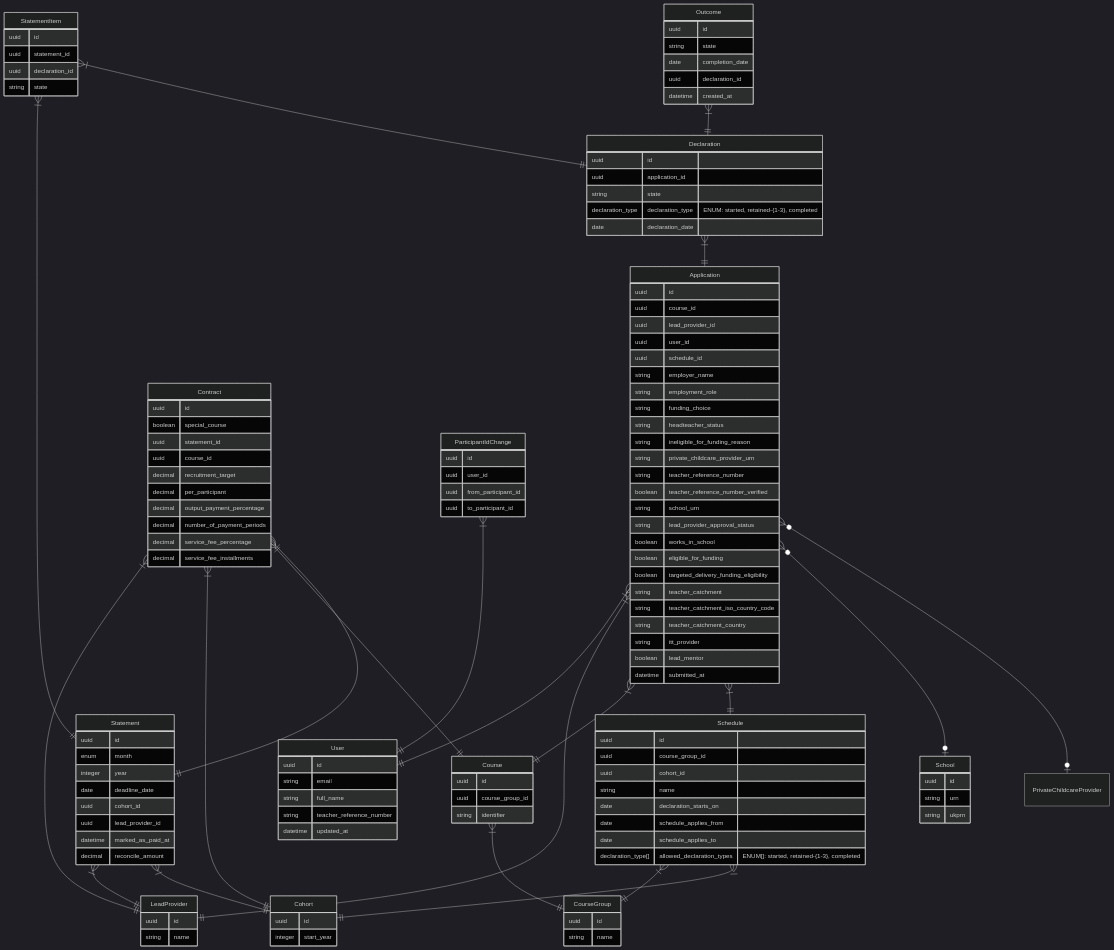
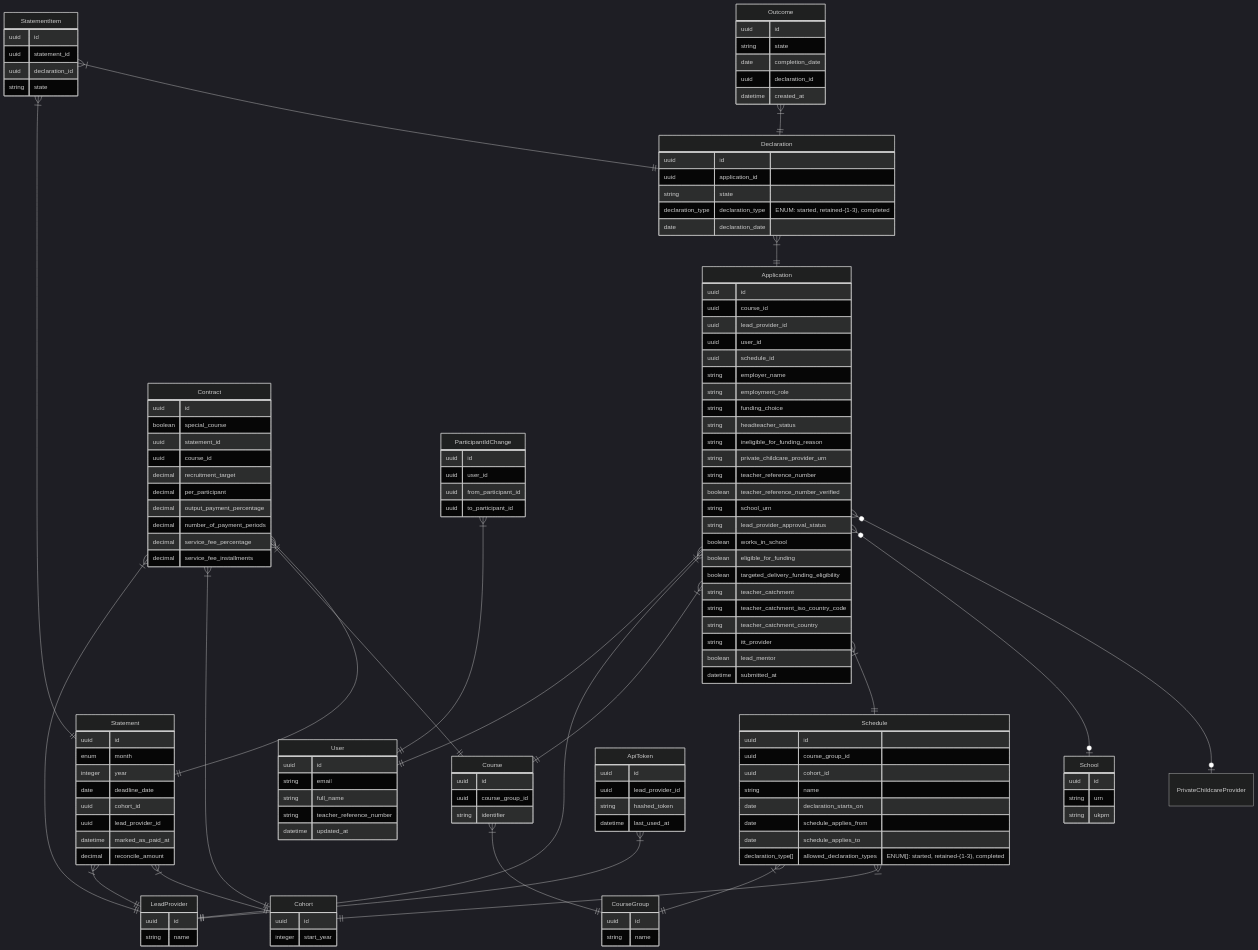
The second of 4 diagrams in data-modelling.md (DFE-Digital/npq-separation), drawn with Mermaid (dark theme) before and after one commit.

Commit message:
Add AuthToken table to schema

````diff
--- a/data-modelling.md
+++ b/data-modelling.md
@@ -59,8 +59,10 @@
     Course }|--|| CourseGroup : ""
     Schedule }|--|| CourseGroup : ""
     Schedule }|--|| Cohort : ""
-    
+
     ParticipantIdChange }|--|| User : ""
+
+    ApiToken }|--|| LeadProvider : ""
 
 
     User {
@@ -191,4 +193,11 @@
         uuid to_participant_id
     }
 
+    ApiToken {
+        uuid id
+        uuid lead_provider_id
+        string hashed_token
+        datetime last_used_at
+    }
+
 ```
````
